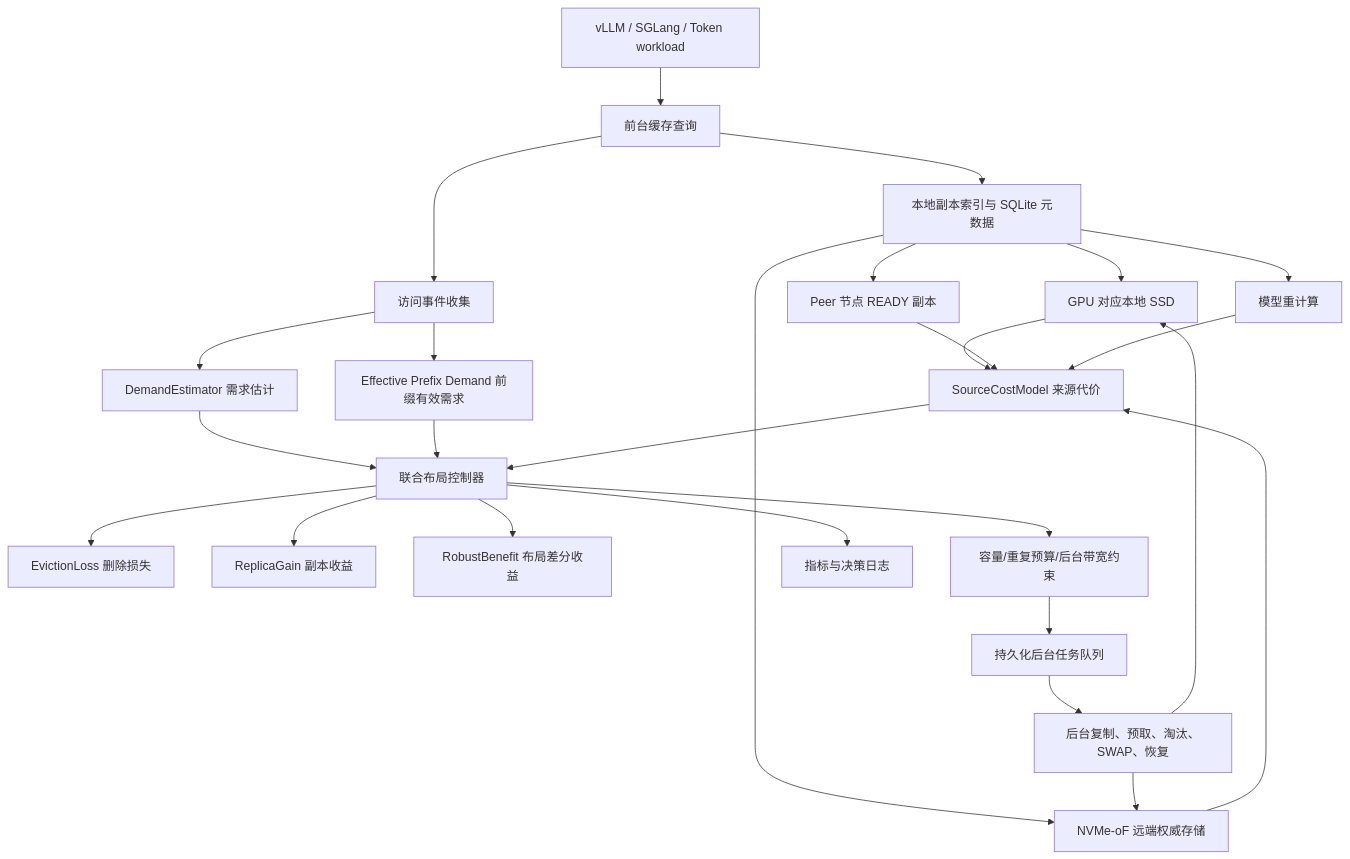
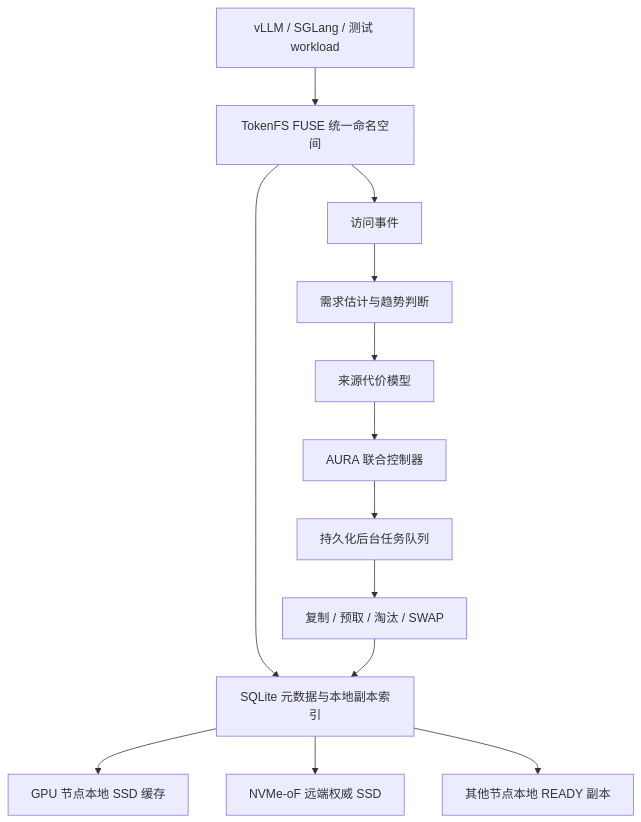
One commit to yxtmfz/tokenfs changed the diagram in README.md. Above: the diagram before and after it, drawn with Mermaid. The commit also changed other lines of this file and 47 other files, not shown here.

````diff
--- a/README.md
+++ b/README.md
@@ -58,29 +37,15 @@
 ```mermaid
 flowchart TD
-    App["vLLM / SGLang / Token workload"] --> FG["前台缓存查询"]
-    FG --> Index["本地副本索引与 SQLite 元数据"]
-    Index --> Local["GPU 对应本地 SSD"]
-    Index --> Peer["Peer 节点 READY 副本"]
-    Index --> Remote["NVMe-oF 远端权威存储"]
-    Index --> Recompute["模型重计算"]
-
-    FG --> Events["访问事件收集"]
-    Events --> Demand["DemandEstimator 需求估计"]
-    Events --> Prefix["Effective Prefix Demand 前缀有效需求"]
-    Local --> Cost["SourceCostModel 来源代价"]
-    Peer --> Cost
-    Remote --> Cost
-    Recompute --> Cost
-    Demand --> Controller["联合布局控制器"]
-    Prefix --> Controller
-    Cost --> Controller
-    Controller --> Loss["EvictionLoss 删除损失"]
-    Controller --> Gain["ReplicaGain 副本收益"]
-    Controller --> Robust["RobustBenefit 布局差分收益"]
-    Controller --> Budget["容量/重复预算/后台带宽约束"]
-    Budget --> Queue["持久化后台任务队列"]
-    Queue --> Exec["后台复制、预取、淘汰、SWAP、恢复"]
-    Exec --> Local
-    Exec --> Remote
-    Controller --> Log["指标与决策日志"]
+    App["vLLM / SGLang / 测试 workload"] --> Fuse["TokenFS FUSE 统一命名空间"]
+    Fuse --> Meta["SQLite 元数据与本地副本索引"]
+    Meta --> Local["GPU 节点本地 SSD 缓存"]
+    Meta --> Remote["NVMe-oF 远端权威 SSD"]
+    Meta --> Peer["其他节点本地 READY 副本"]
+    Fuse --> Events["访问事件"]
+    Events --> Demand["需求估计与趋势判断"]
+    Demand --> Cost["来源代价模型"]
+    Cost --> Controller["AURA 联合控制器"]
+    Controller --> Tasks["持久化后台任务队列"]
+    Tasks --> Executor["复制 / 预取 / 淘汰 / SWAP"]
+    Executor --> Meta
 ```
````
